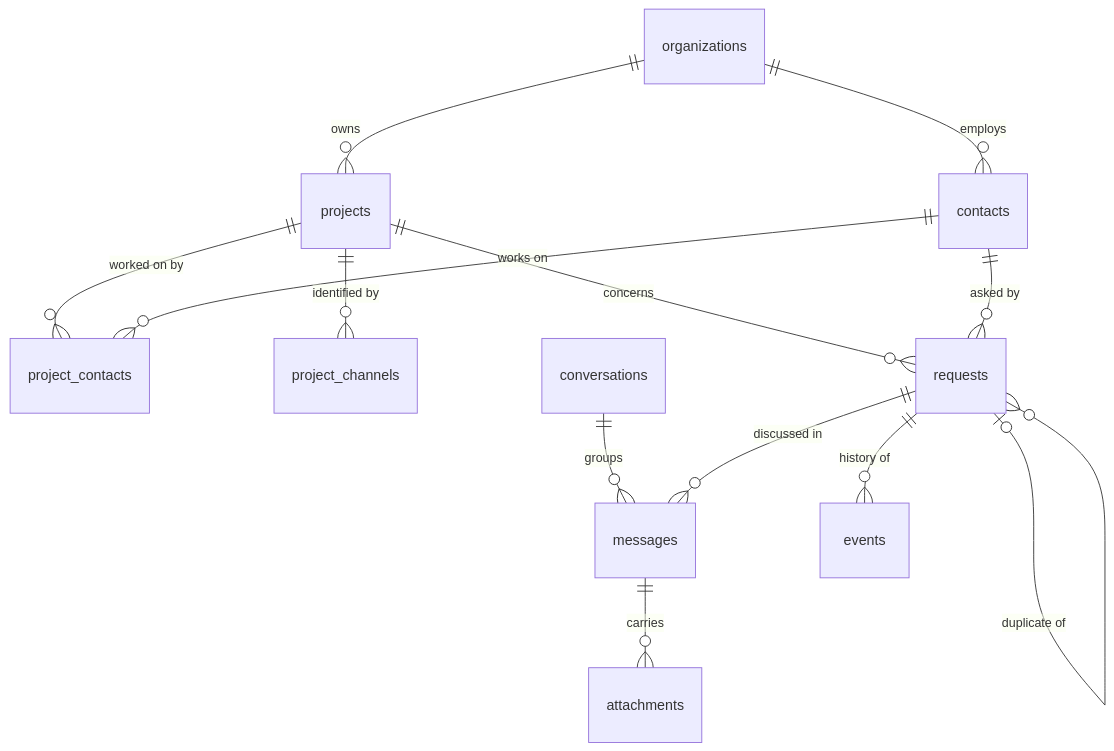
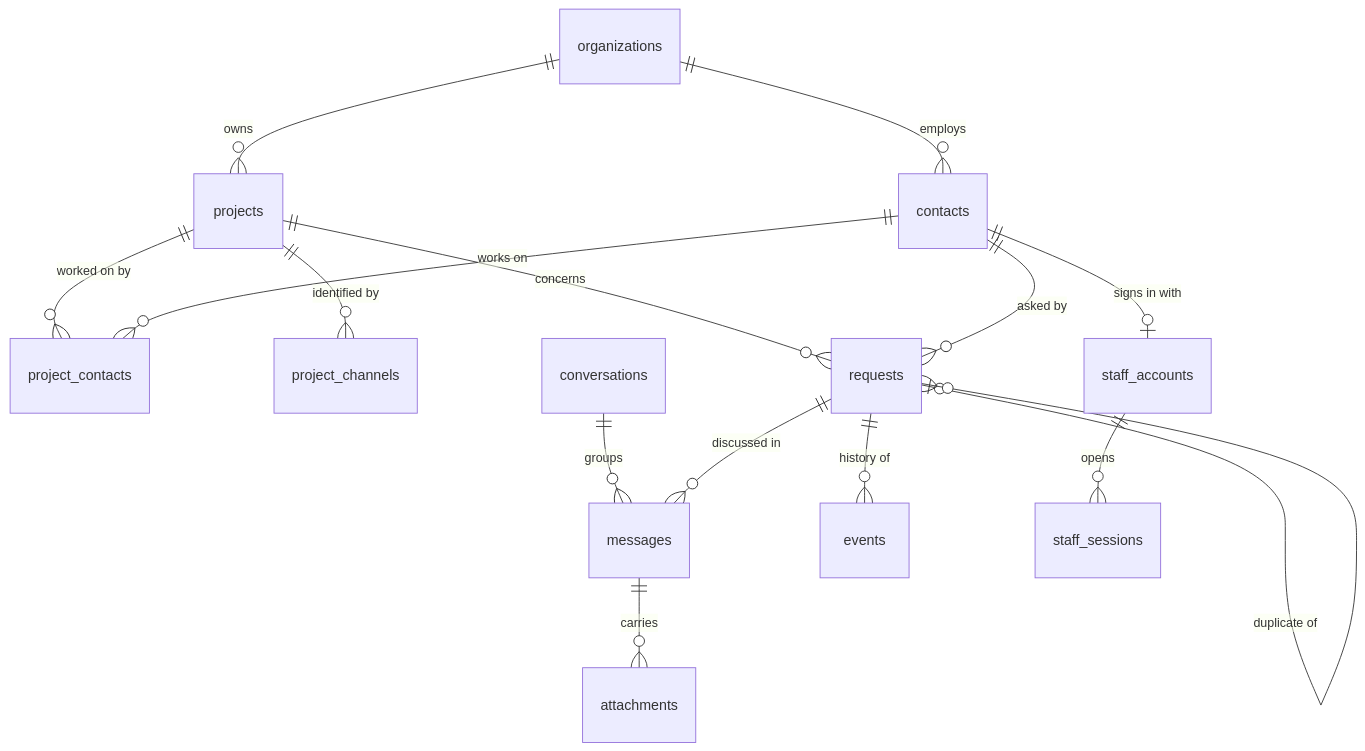
The diagram in docs/data-model.md (Alvi16/Request-agent), drawn with Mermaid before and after one commit. The commit also changed other lines of this file, not shown here.

Commit message:
docs: describe the team accounts and sessions tables

````diff
--- a/docs/data-model.md
+++ b/docs/data-model.md
@@ -7,15 +7,17 @@
 ```mermaid
 erDiagram
     organizations ||--o{ contacts : employs
     organizations ||--o{ projects : owns
     projects ||--o{ project_contacts : "worked on by"
     contacts ||--o{ project_contacts : "works on"
     projects ||--o{ project_channels : "identified by"
     projects ||--o{ requests : concerns
     contacts ||--o{ requests : "asked by"
     conversations ||--o{ messages : groups
     requests ||--o{ messages : "discussed in"
     messages ||--o{ attachments : carries
     requests ||--o{ events : "history of"
     requests |o--o{ requests : "duplicate of"
+    contacts ||--o| staff_accounts : "signs in with"
+    staff_accounts ||--o{ staff_sessions : opens
 ```
````
